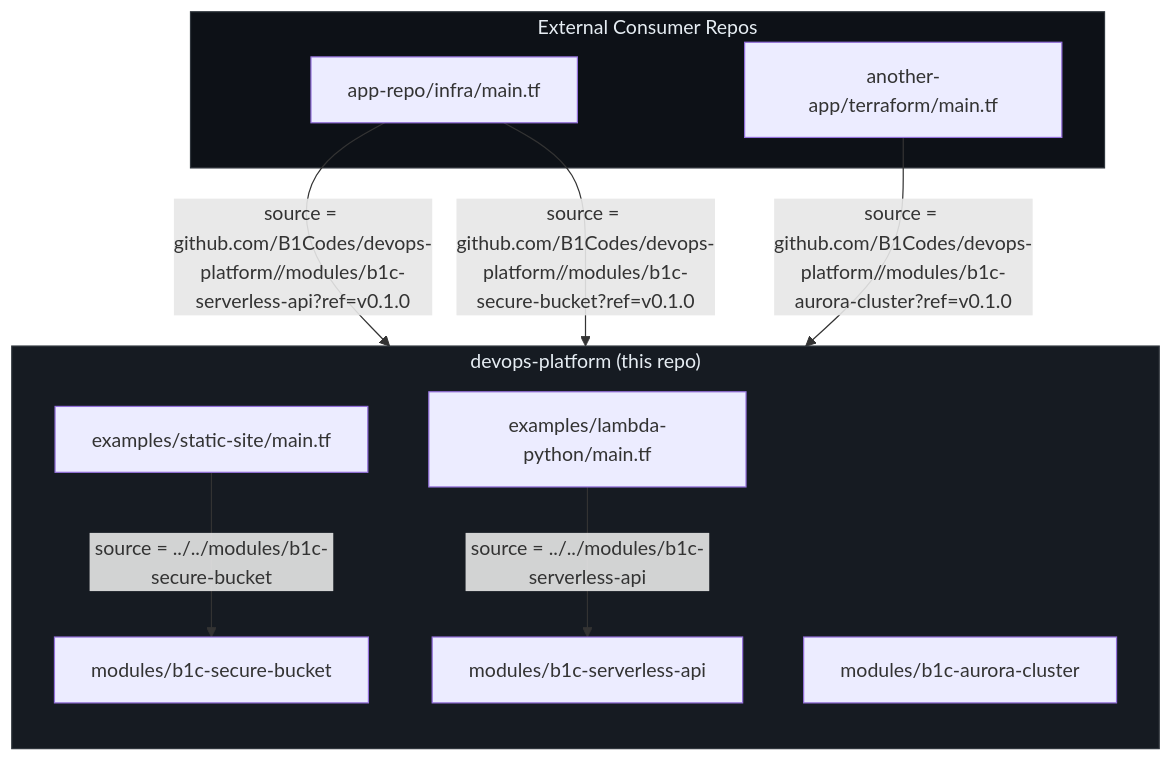
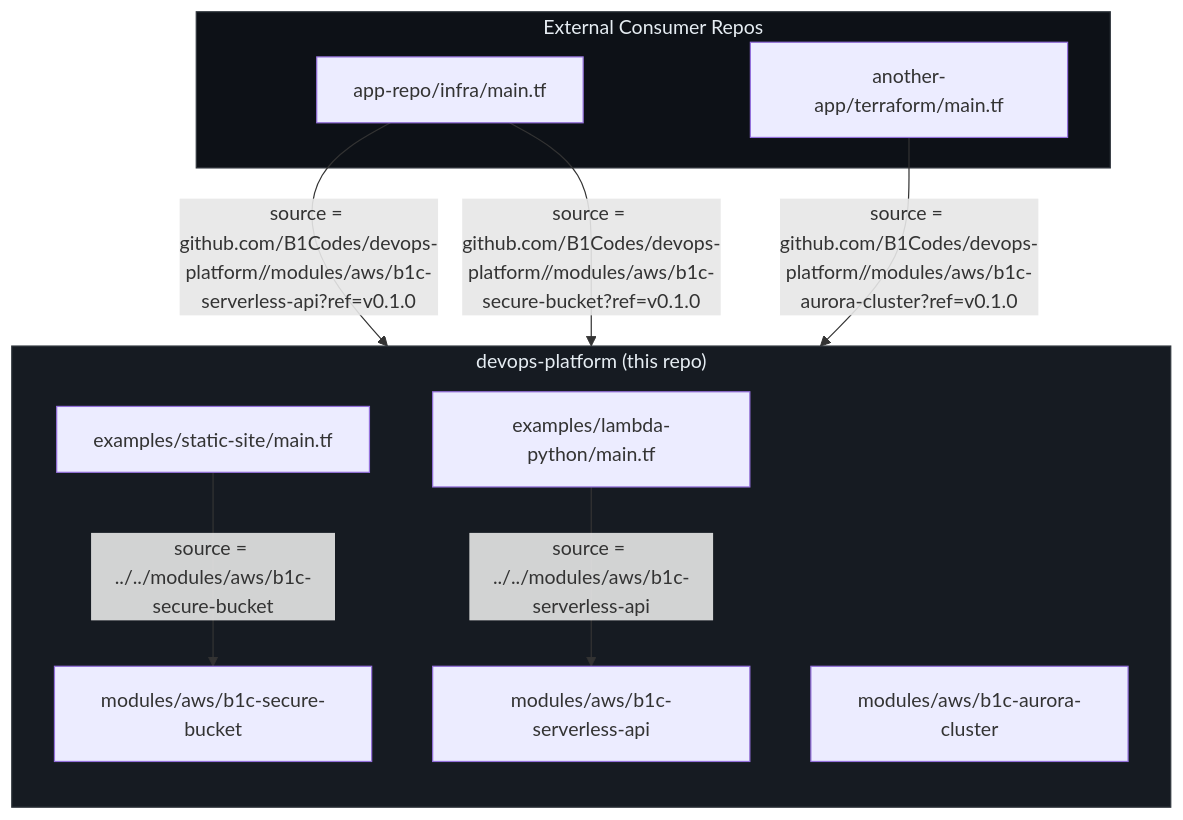
Before and after one commit to b1codes/devops-platform: the second of 2 diagrams in docs/ARCHITECTURE.md, drawn with Mermaid. The commit also changed 31 other files, not shown here.

First line of the commit message:
refactor(modules)!: move AWS modules under modules/aws/

````diff
--- a/docs/ARCHITECTURE.md
+++ b/docs/ARCHITECTURE.md
@@ -91,25 +91,25 @@
 ```mermaid
 graph TD
     subgraph devops-platform["devops-platform (this repo)"]
         direction TB
-        M1["modules/b1c-secure-bucket"]
-        M2["modules/b1c-serverless-api"]
-        M3["modules/b1c-aurora-cluster"]
+        M1["modules/aws/b1c-secure-bucket"]
+        M2["modules/aws/b1c-serverless-api"]
+        M3["modules/aws/b1c-aurora-cluster"]
         E1["examples/lambda-python/main.tf"]
         E2["examples/static-site/main.tf"]
     end
 
     subgraph external["External Consumer Repos"]
         A1["app-repo/infra/main.tf"]
         A2["another-app/terraform/main.tf"]
     end
 
-    E1 -->|"source = ../../modules/b1c-serverless-api"| M2
-    E2 -->|"source = ../../modules/b1c-secure-bucket"| M1
-    A1 -->|"source = github.com/B1Codes/devops-platform//modules/b1c-serverless-api?ref=v0.1.0"| M2
-    A1 -->|"source = github.com/B1Codes/devops-platform//modules/b1c-secure-bucket?ref=v0.1.0"| M1
-    A2 -->|"source = github.com/B1Codes/devops-platform//modules/b1c-aurora-cluster?ref=v0.1.0"| M3
+    E1 -->|"source = ../../modules/aws/b1c-serverless-api"| M2
+    E2 -->|"source = ../../modules/aws/b1c-secure-bucket"| M1
+    A1 -->|"source = github.com/B1Codes/devops-platform//modules/aws/b1c-serverless-api?ref=v0.1.0"| M2
+    A1 -->|"source = github.com/B1Codes/devops-platform//modules/aws/b1c-secure-bucket?ref=v0.1.0"| M1
+    A2 -->|"source = github.com/B1Codes/devops-platform//modules/aws/b1c-aurora-cluster?ref=v0.1.0"| M3
 
     style devops-platform fill:#161b22,stroke:#30363d,color:#e6edf3
     style external fill:#0d1117,stroke:#30363d,color:#e6edf3
 ```
````
